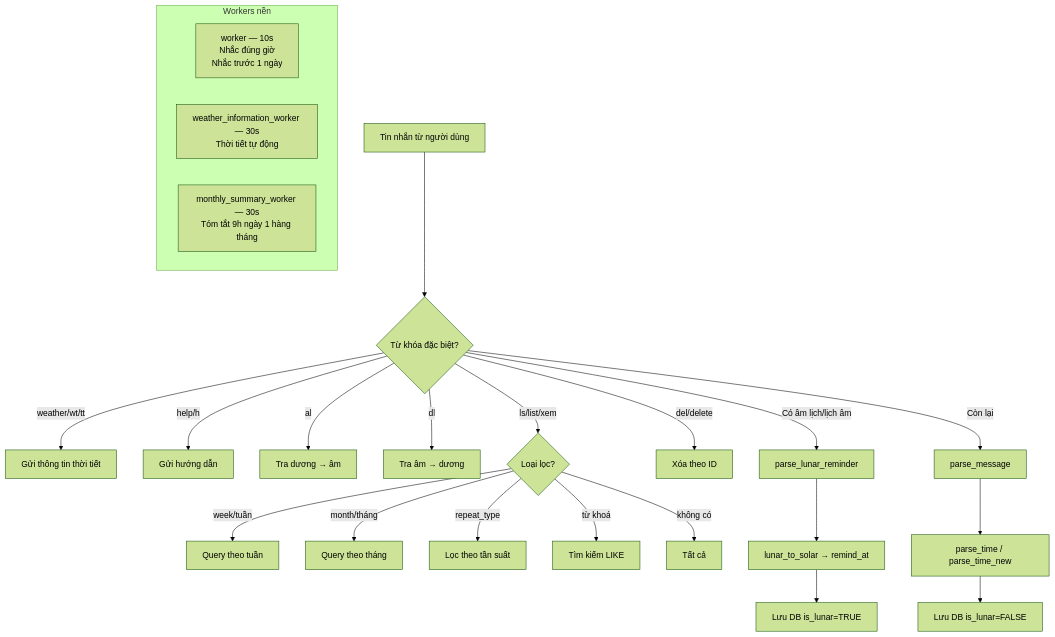
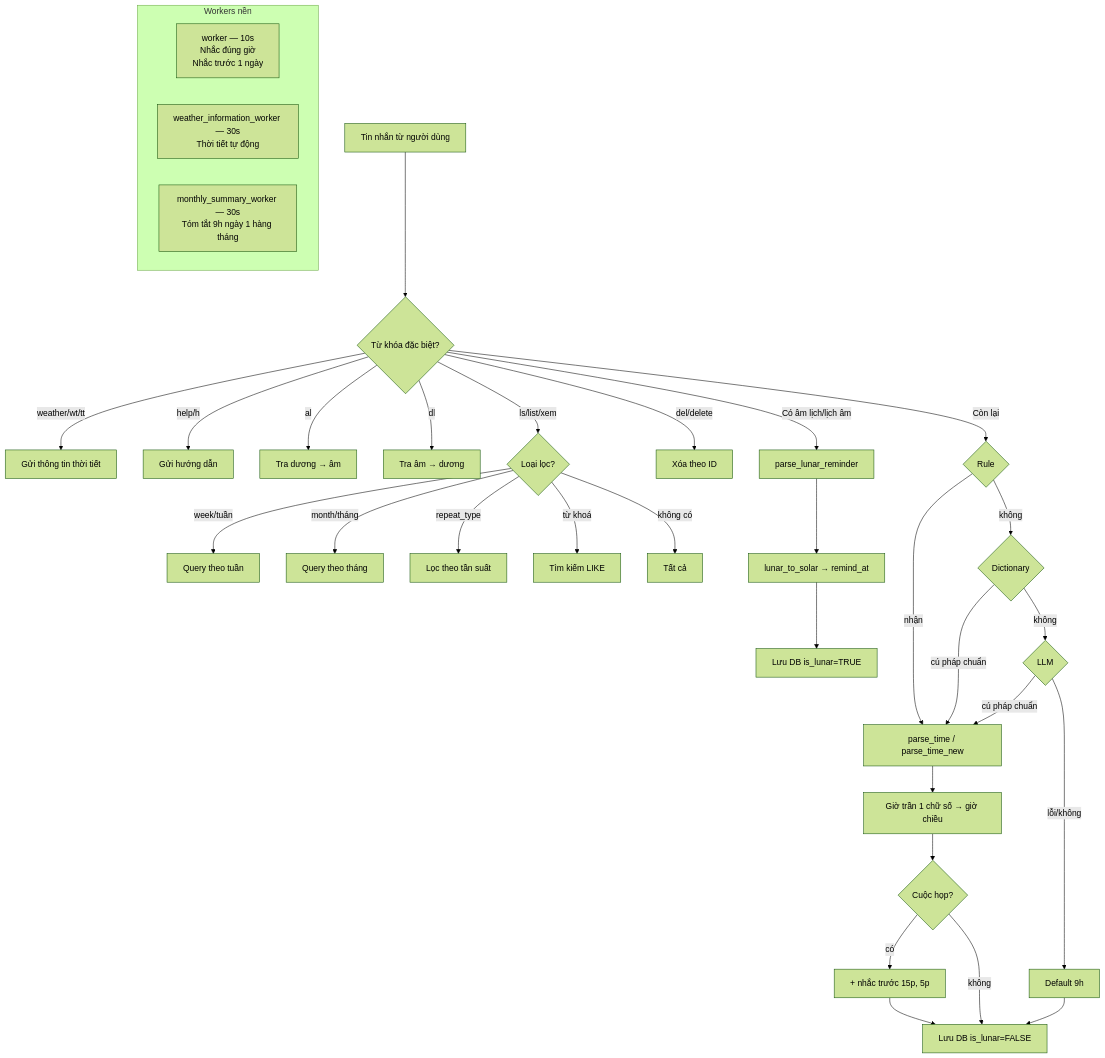
One commit to songoku1610/telegram-remider-bot changed the diagram in README.md. Above: the diagram before and after it, drawn with Mermaid (forest theme). The commit also changed other lines of this file and 5 other files, not shown here.

````diff
--- a/README.md
+++ b/README.md
@@ -446,28 +578,39 @@
 ```mermaid
 flowchart TD
     A[Tin nhắn từ người dùng] --> B{Từ khóa đặc biệt?}
     B -- weather/wt/tt --> C[Gửi thông tin thời tiết]
     B -- help/h --> D[Gửi hướng dẫn]
     B -- al --> E[Tra dương → âm]
     B -- dl --> F[Tra âm → dương]
     B -- ls/list/xem --> G{Loại lọc?}
     G -- week/tuần --> G1[Query theo tuần]
     G -- month/tháng --> G2[Query theo tháng]
     G -- repeat_type --> G3[Lọc theo tần suất]
     G -- từ khoá --> G4[Tìm kiếm LIKE]
     G -- không có --> G5[Tất cả]
     B -- del/delete --> H[Xóa theo ID]
     B -- Có âm lịch/lịch âm --> I[parse_lunar_reminder]
-    B -- Còn lại --> J[parse_message]
+    B -- Còn lại --> J{Rule}
 
     I --> K[lunar_to_solar → remind_at]
-    J --> L[parse_time / parse_time_new]
+    J -- nhận --> L[parse_time / parse_time_new]
+    J -- không --> D1{Dictionary}
+    D1 -- cú pháp chuẩn --> L
+    D1 -- không --> LL{LLM}
+    LL -- cú pháp chuẩn --> L
+    LL -- lỗi/không --> DF[Default 9h]
+    L --> BH[Giờ trần 1 chữ số → giờ chiều]
+    BH --> MT{Cuộc họp?}
+    MT -- có --> MA[+ nhắc trước 15p, 5p]
+    MT -- không --> M2
+    MA --> M2
+    DF --> M2
     K --> M[Lưu DB is_lunar=TRUE]
-    L --> M2[Lưu DB is_lunar=FALSE]
+    M2[Lưu DB is_lunar=FALSE]
 
     subgraph Workers nền
         W1[worker — 10s\nNhắc đúng giờ\nNhắc trước 1 ngày] 
         W2[weather_information_worker — 30s\nThời tiết tự động]
         W3[monthly_summary_worker — 30s\nTóm tắt 9h ngày 1 hàng tháng]
     end
 ```
````
